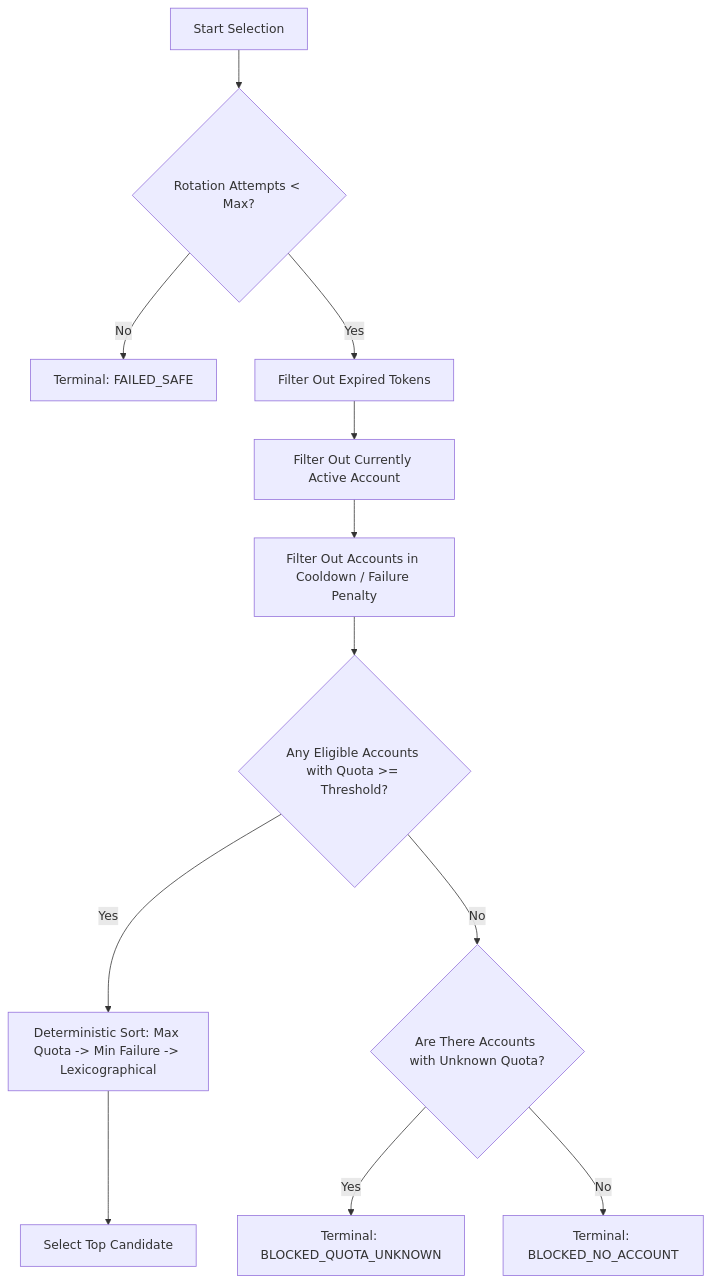
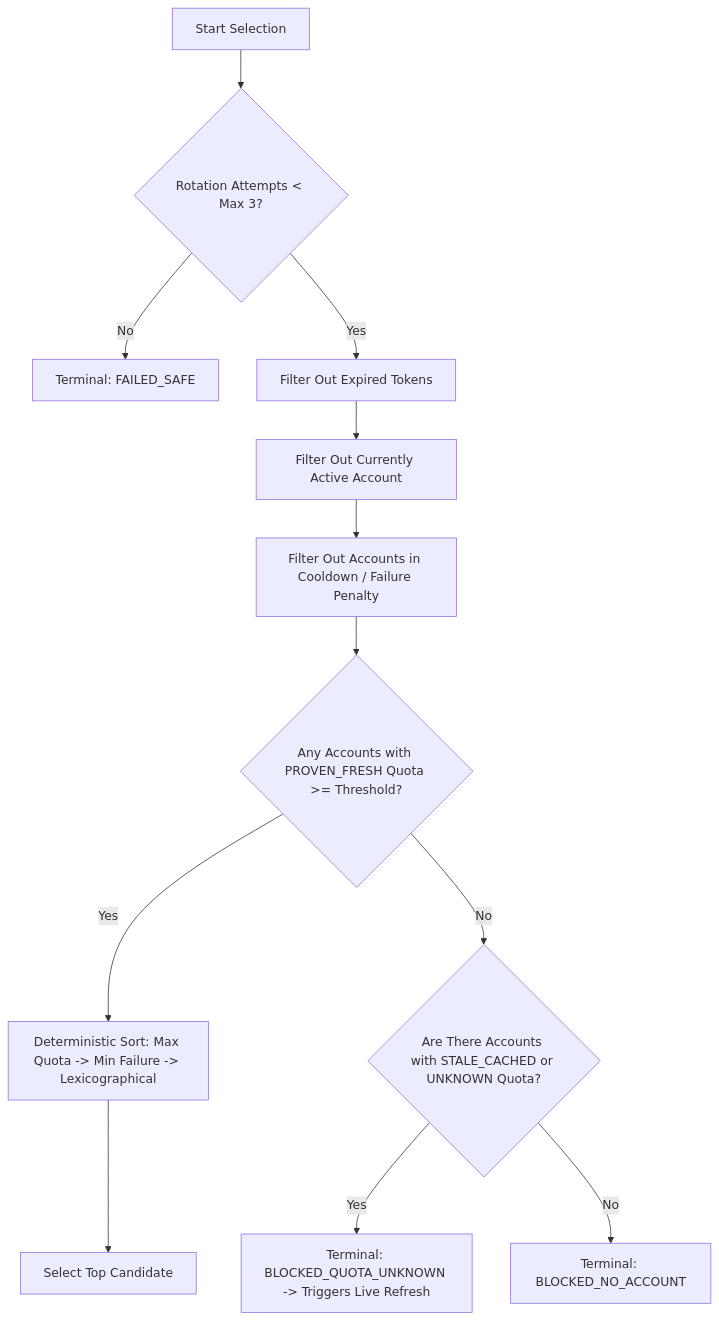
The diagram in docs/t02/AGM_ANALYSIS.md (quochao2410bd/Switch-Antigravity), drawn with Mermaid before and after one commit. The commit also changed other lines of this file and 8 other files, not shown here.

````diff
--- a/docs/t02/AGM_ANALYSIS.md
+++ b/docs/t02/AGM_ANALYSIS.md
@@ -116,14 +106,14 @@
 ```mermaid
 graph TD
-    A[Start Selection] --> B{Rotation Attempts < Max?}
+    A[Start Selection] --> B{Rotation Attempts < Max 3?}
     B -- No --> C[Terminal: FAILED_SAFE]
     B -- Yes --> D[Filter Out Expired Tokens]
     D --> E[Filter Out Currently Active Account]
     E --> F[Filter Out Accounts in Cooldown / Failure Penalty]
-    F --> G{Any Eligible Accounts with Quota >= Threshold?}
+    F --> G{Any Accounts with PROVEN_FRESH Quota >= Threshold?}
     G -- Yes --> H[Deterministic Sort: Max Quota -> Min Failure -> Lexicographical]
     H --> I[Select Top Candidate]
-    G -- No --> J{Are There Accounts with Unknown Quota?}
-    J -- Yes --> K[Terminal: BLOCKED_QUOTA_UNKNOWN]
+    G -- No --> J{Are There Accounts with STALE_CACHED or UNKNOWN Quota?}
+    J -- Yes --> K[Terminal: BLOCKED_QUOTA_UNKNOWN -> Triggers Live Refresh]
     J -- No --> L[Terminal: BLOCKED_NO_ACCOUNT]
 ```
````
